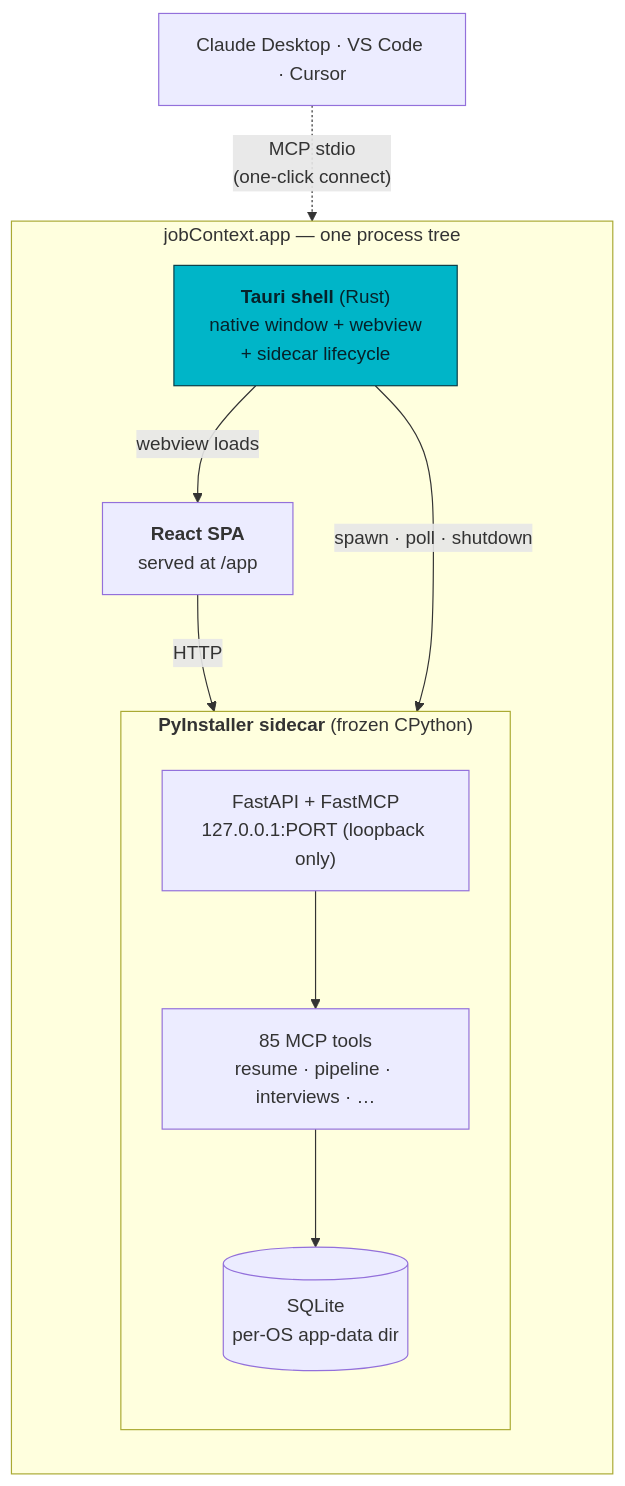
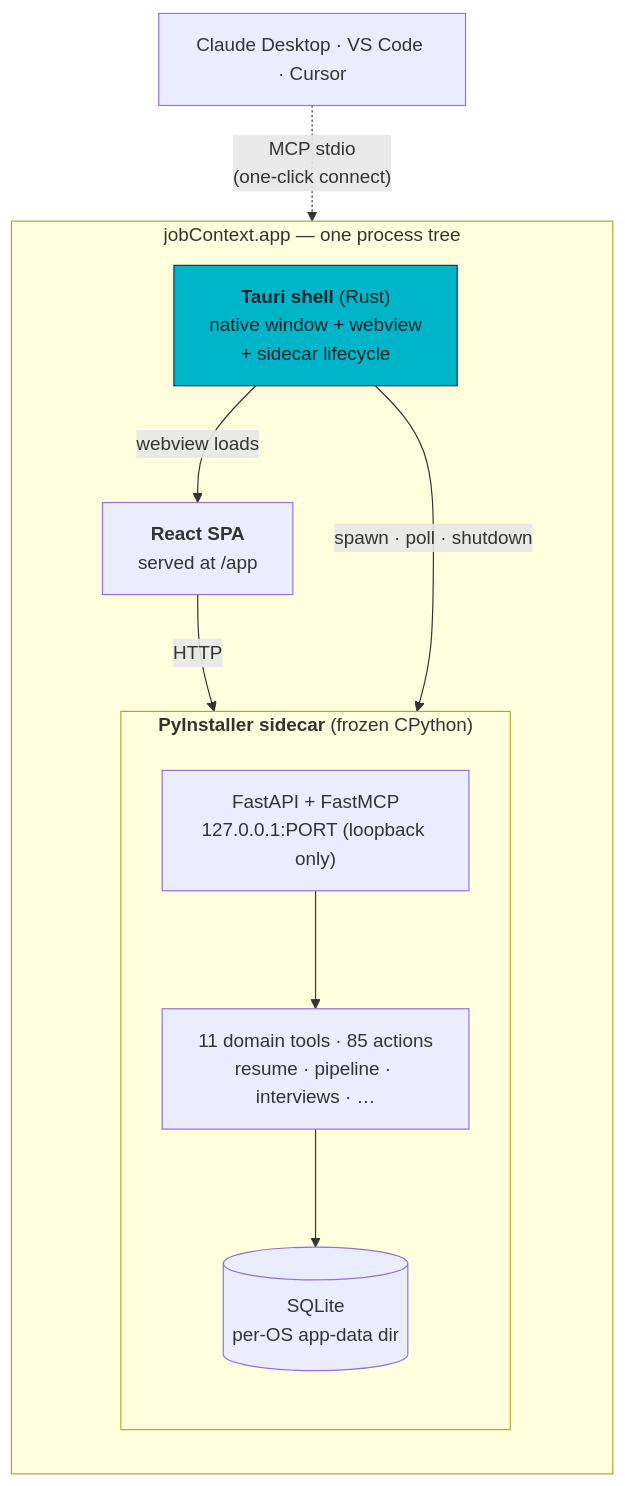
Before and after one commit to JustLikeFrank3/jobContextMCP: the first of 4 diagrams in desktop/README.md, drawn with Mermaid. The commit also changed other lines of this file and 6 other files, not shown here.

````diff
--- a/desktop/README.md
+++ b/desktop/README.md
@@ -73,22 +73,22 @@
 ```mermaid
 flowchart TB
     subgraph app["jobContext.app — one process tree"]
         direction TB
         shell["<b>Tauri shell</b> (Rust)<br/>native window + webview<br/>+ sidecar lifecycle"]
         spa["<b>React SPA</b><br/>served at /app"]
         subgraph sidecar["<b>PyInstaller sidecar</b> (frozen CPython)"]
             direction TB
             api["FastAPI + FastMCP<br/>127.0.0.1:PORT (loopback only)"]
-            tools["85 MCP tools<br/>resume · pipeline · interviews · …"]
+            tools["11 domain tools · 85 actions<br/>resume · pipeline · interviews · …"]
             db[("SQLite<br/>per-OS app-data dir")]
             api --> tools --> db
         end
     end
     shell -->|"spawn · poll · shutdown"| sidecar
     shell -->|"webview loads"| spa
     spa -->|"HTTP"| api
     ext["Claude Desktop · VS Code · Cursor"] -.->|"MCP stdio<br/>(one-click connect)"| sidecar
 
     classDef accent fill:#00B5C8,stroke:#0a3d47,color:#06222a;
     class shell accent
 ```
````
